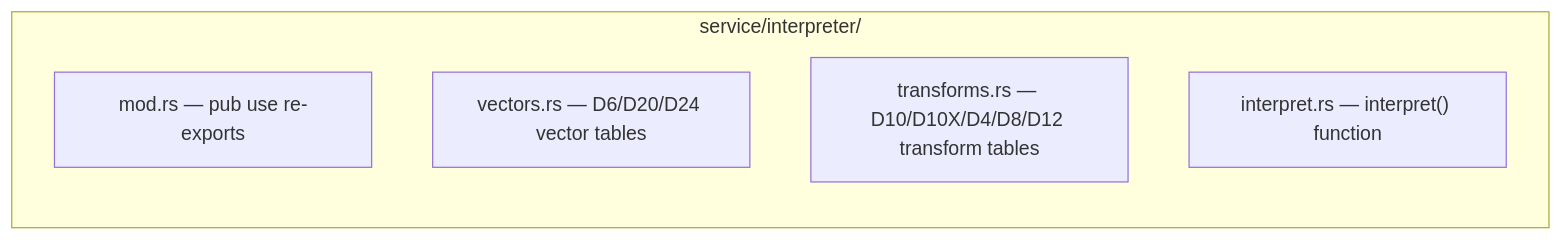
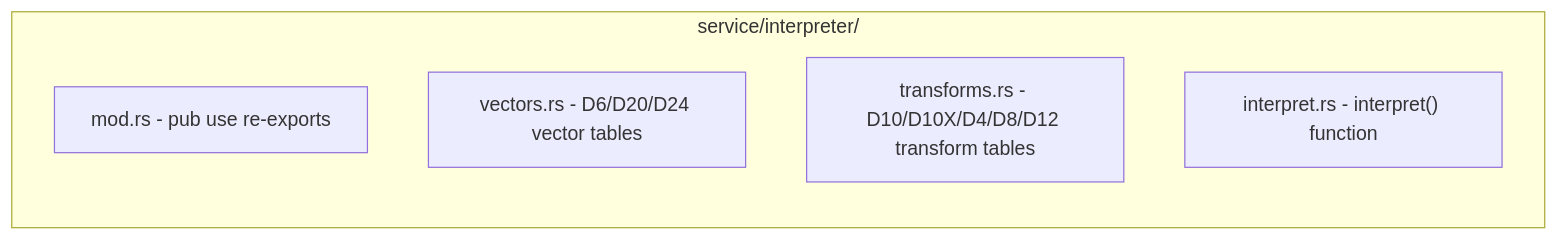
Diagram 16 of 34 in concepts/planned/DICE_RS.md (smearor/dice-rs), drawn with Mermaid before and after one commit. The commit also changed other lines of this file and 35 other files, not shown here.

````diff
--- a/concepts/planned/DICE_RS.md
+++ b/concepts/planned/DICE_RS.md
@@ -1773,9 +1773,9 @@
 ```mermaid
 flowchart LR
     subgraph interpreter["service/interpreter/"]
-        modRs["mod.rs — pub use re-exports"]
-        vectors["vectors.rs — D6/D20/D24 vector tables"]
-        transforms["transforms.rs — D10/D10X/D4/D8/D12 transform tables"]
-        interpretFn["interpret.rs — interpret() function"]
+        modRs["mod.rs - pub use re-exports"]
+        vectors["vectors.rs - D6/D20/D24 vector tables"]
+        transforms["transforms.rs - D10/D10X/D4/D8/D12 transform tables"]
+        interpretFn["interpret.rs - interpret() function"]
     end
 ```
````
